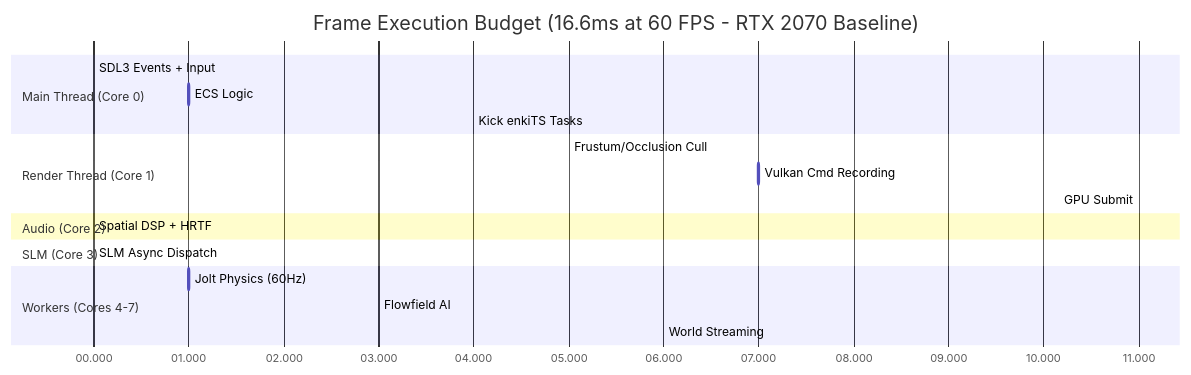
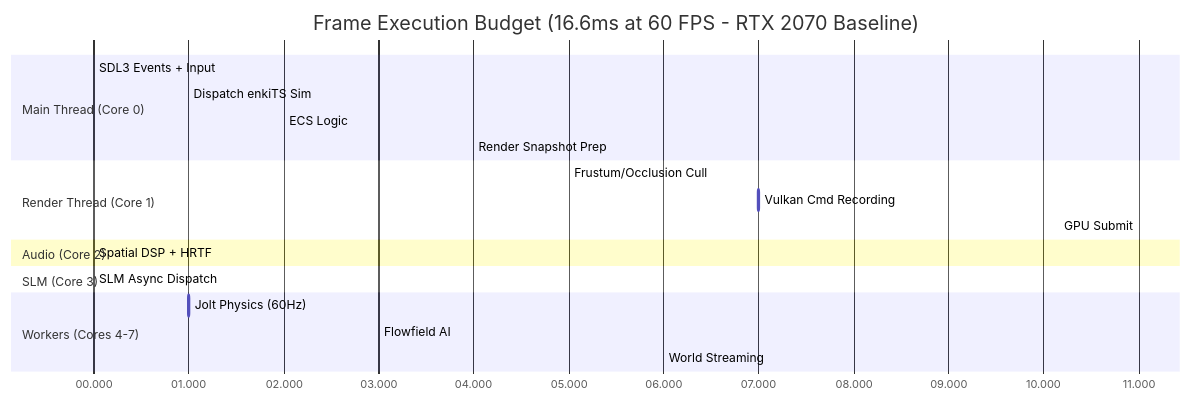
Before and after one commit to Bonbrake/Engine: the second of 3 diagrams in docs/plans/ZOMBIE_ENGINE_MASTER_REFACTOR_PLAN_v8.0.md, drawn with Mermaid. The commit also changed other lines of this file, not shown here.

Commit message:
docs(plan): resolve execution causality, deterministic fp, and graph gaps in v8.0

````diff
--- a/docs/plans/ZOMBIE_ENGINE_MASTER_REFACTOR_PLAN_v8.0.md
+++ b/docs/plans/ZOMBIE_ENGINE_MASTER_REFACTOR_PLAN_v8.0.md
@@ -98,22 +98,23 @@
 ```mermaid
 gantt
     title Frame Execution Budget (16.6ms at 60 FPS - RTX 2070 Baseline)
     dateFormat s
     axisFormat %S.%L
     section Main Thread (Core 0)
     SDL3 Events + Input     : 0, 1ms
-    ECS Logic               : 1, 3ms
-    Kick enkiTS Tasks       : 4, 1ms
+    Dispatch enkiTS Sim     : 1, 1ms
+    ECS Logic               : 2, 2ms
+    Render Snapshot Prep    : 4, 1ms
     section Render Thread (Core 1)
     Frustum/Occlusion Cull  : 5, 2ms
     Vulkan Cmd Recording    : 7, 4ms
     GPU Submit              : 11, 2ms
     section Audio (Core 2)
     Spatial DSP + HRTF      : 0, 4ms
     section SLM (Core 3)
     SLM Async Dispatch      : 0, 1ms
     section Workers (Cores 4-7)
     Jolt Physics (60Hz)     : 1, 3ms
     Flowfield AI            : 3, 2ms
     World Streaming         : 6, 2ms
 ```
````
